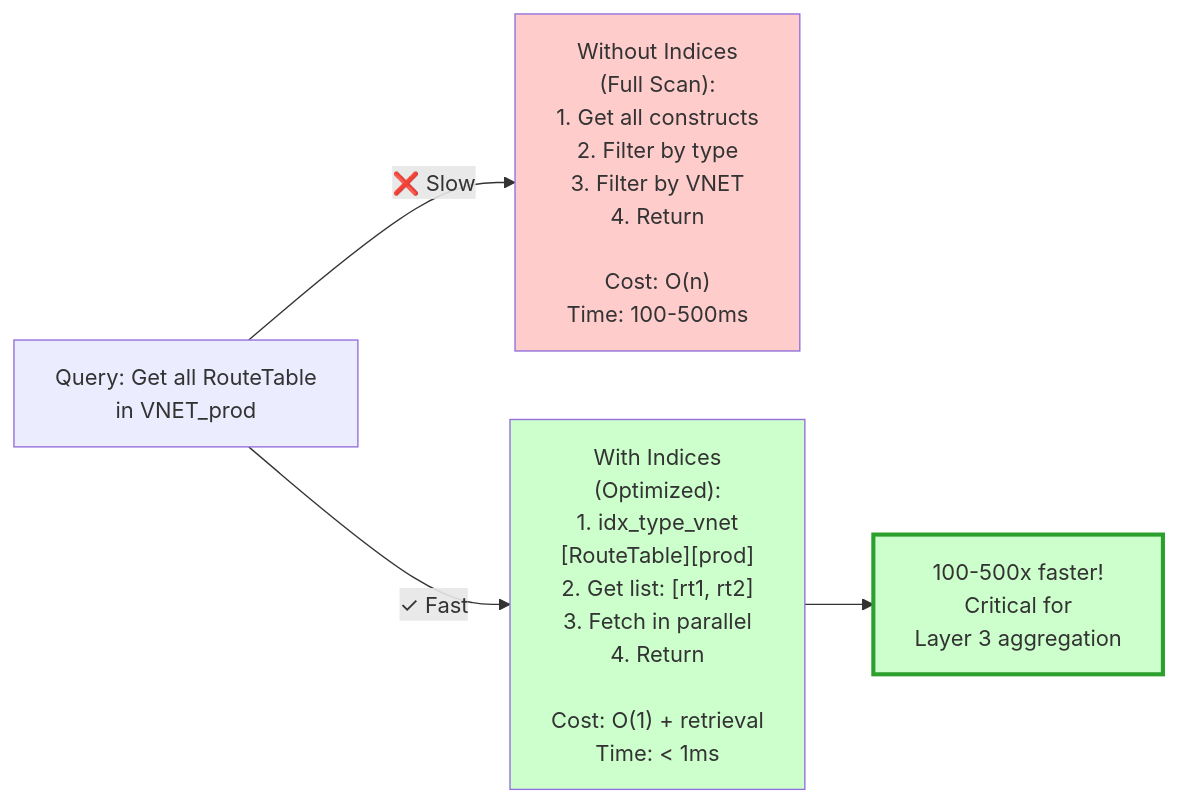
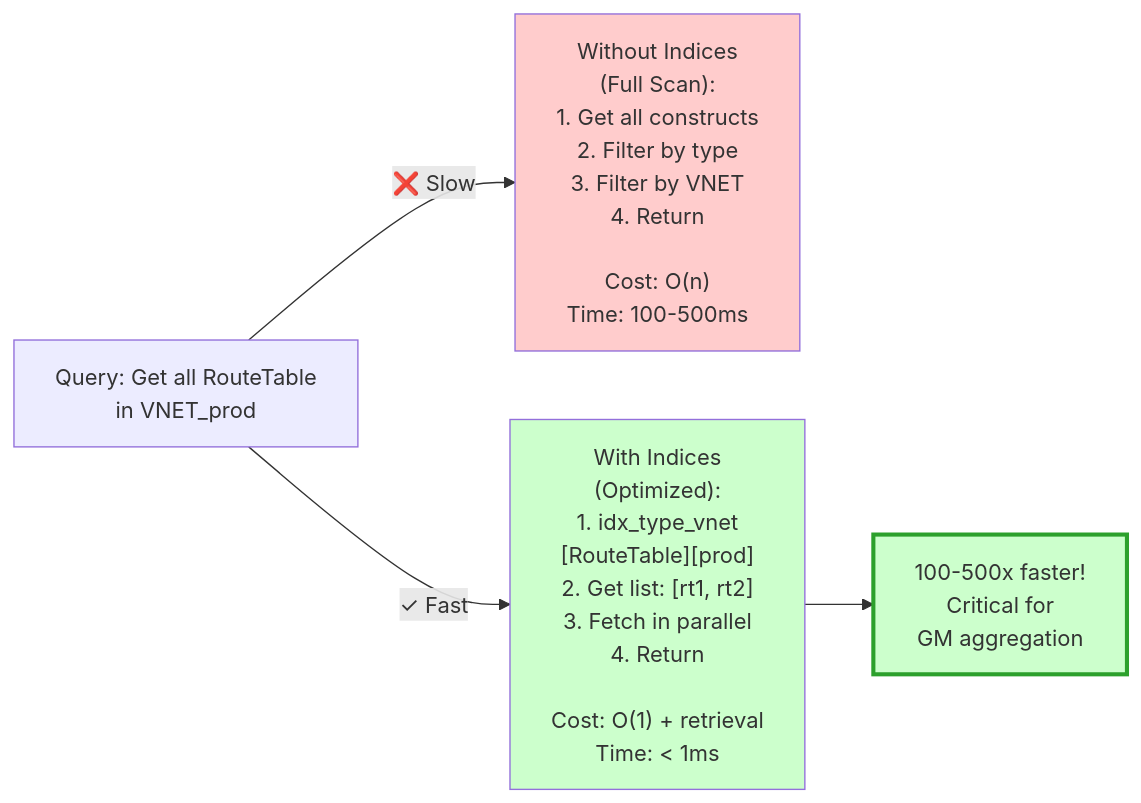
The ninth of 9 diagrams in docs/FM-Designs/FM_DESIGN_LAYER2_DATABASE_MODEL_SUPER_ENHANCED.md (rashmirrout/DashFabric), drawn with Mermaid before and after one commit. The commit also changed other lines of this file and 32 other files, not shown here.

````diff
--- a/docs/FM-Designs/FM_DESIGN_LAYER2_DATABASE_MODEL_SUPER_ENHANCED.md
+++ b/docs/FM-Designs/FM_DESIGN_LAYER2_DATABASE_MODEL_SUPER_ENHANCED.md
@@ -591,17 +591,17 @@
 ```mermaid
 graph LR
     A["Query: Get all RouteTable<br/>in VNET_prod"]
     
     B["Without Indices<br/>(Full Scan):<br/>1. Get all constructs<br/>2. Filter by type<br/>3. Filter by VNET<br/>4. Return<br/><br/>Cost: O(n)<br/>Time: 100-500ms"]
     
     C["With Indices<br/>(Optimized):<br/>1. idx_type_vnet<br/>   [RouteTable][prod]<br/>2. Get list: [rt1, rt2]<br/>3. Fetch in parallel<br/>4. Return<br/><br/>Cost: O(1) + retrieval<br/>Time: < 1ms"]
     
     A -->|"❌ Slow"| B
     A -->|"✓ Fast"| C
     
-    C --> D["100-500x faster!<br/>Critical for<br/>Layer 3 aggregation"]
+    C --> D["100-500x faster!<br/>Critical for<br/>GM aggregation"]
     
     style B fill:#ffcccc
     style C fill:#ccffcc
     style D fill:#ccffcc,stroke:#2ca02c,stroke-width:3px
 ```
````
